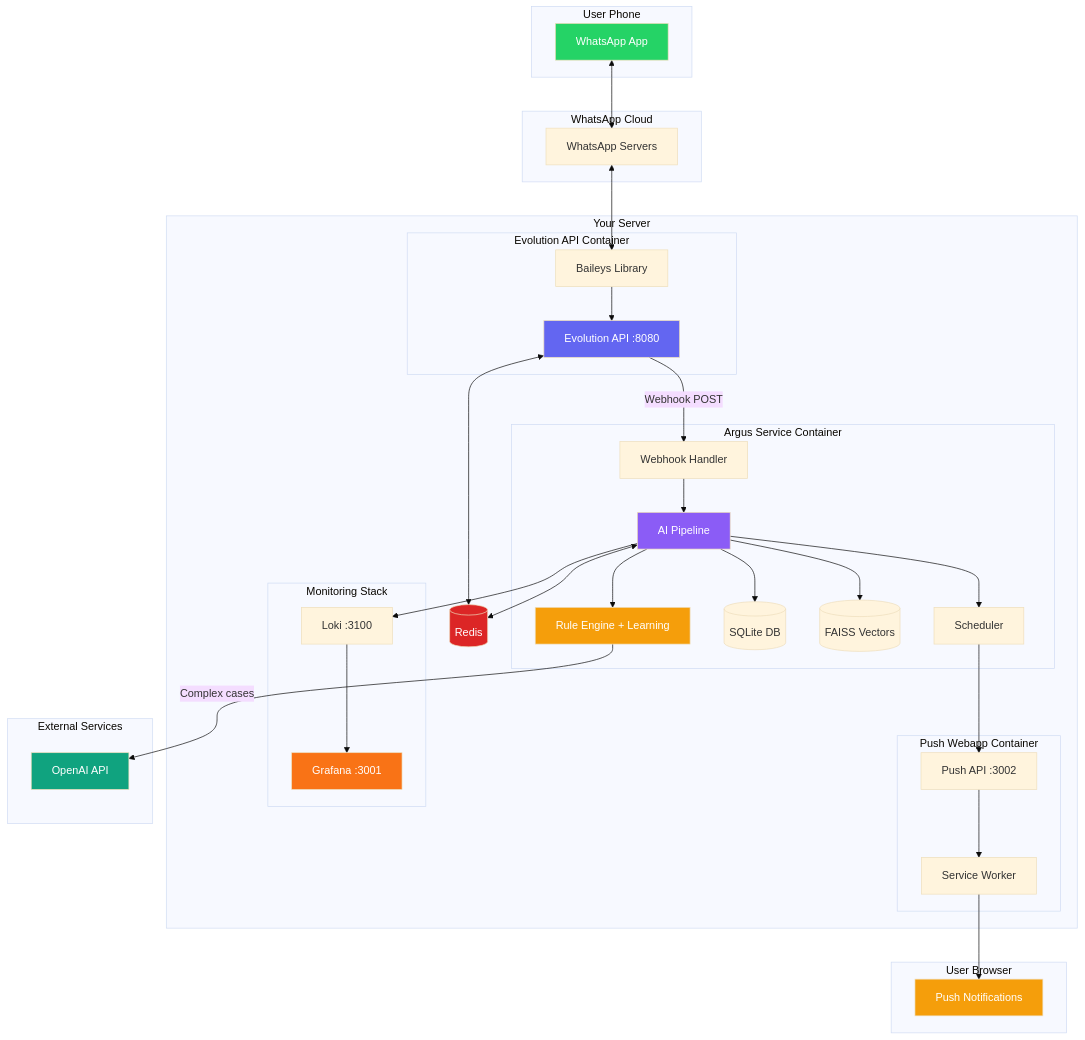
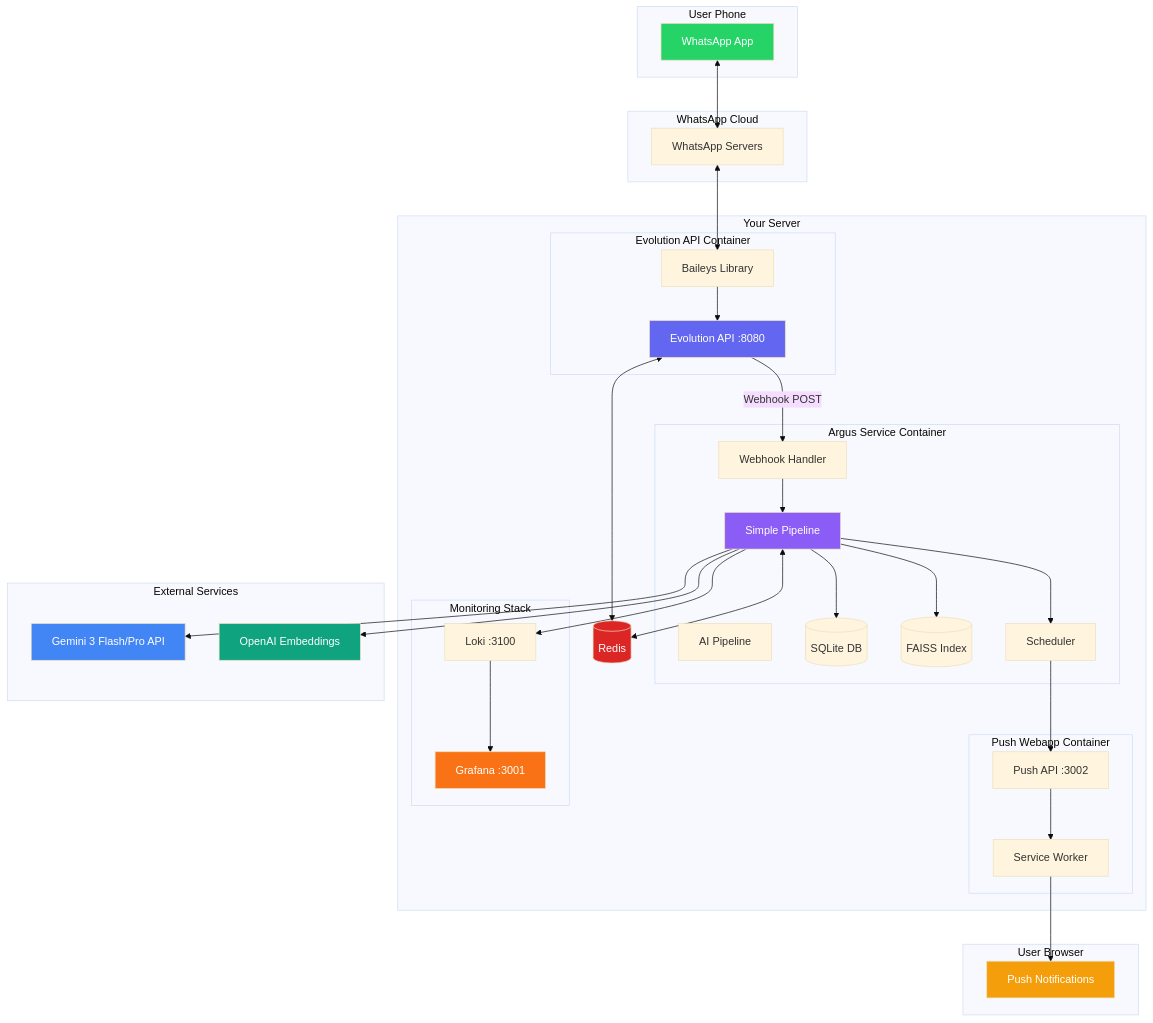
The diagram in docs/diagrams/01-system-architecture.mmd (nityam2007/whatsapp-chat-rmd), drawn with Mermaid before and after one commit. The commit also changed 48 other files, not shown here.

```diff
--- a/docs/diagrams/01-system-architecture.mmd
+++ b/docs/diagrams/01-system-architecture.mmd
@@ -1,81 +1,82 @@
 %%{init: {'theme': 'base'}}%%
 
 flowchart TB
     %% ============================================
     %% SYSTEM OVERVIEW - High Level Architecture
     %% ============================================
 
     subgraph PHONE["User Phone"]
         WA["WhatsApp App"]
     end
 
     subgraph CLOUD["WhatsApp Cloud"]
         SERVERS["WhatsApp Servers"]
     end
 
     subgraph SERVER["Your Server"]
         
         subgraph EVO_CONTAINER["Evolution API Container"]
             EVO["Evolution API :8080"]
             BAILEYS["Baileys Library"]
         end
 
         subgraph ARGUS_CONTAINER["Argus Service Container"]
             WEBHOOK["Webhook Handler"]
             PIPELINE["AI Pipeline"]
-            RULE_ENGINE["Rule Engine + Learning"]
+            SIMPLE["Simple Pipeline"]
             DB[("SQLite DB")]
-            VECTOR[("FAISS Vectors")]
+            VECTOR[("FAISS Index")]
             SCHEDULER["Scheduler"]
         end
 
         subgraph PUSH_CONTAINER["Push Webapp Container"]
             PUSH_API["Push API :3002"]
             SW["Service Worker"]
         end
 
         subgraph MONITOR["Monitoring Stack"]
             GRAFANA["Grafana :3001"]
             LOKI["Loki :3100"]
         end
 
         REDIS[("Redis")]
     end
 
     subgraph EXTERNAL["External Services"]
-        OPENAI["OpenAI API"]
+        GEMINI["Gemini 3 Flash/Pro API"]
+        OPENAI["OpenAI Embeddings"]
     end
 
     subgraph BROWSER["User Browser"]
         NOTIF["Push Notifications"]
     end
 
     %% Connections
     WA <--> SERVERS
     SERVERS <--> BAILEYS
     BAILEYS --> EVO
     EVO -->|"Webhook POST"| WEBHOOK
-    WEBHOOK --> PIPELINE
-    PIPELINE --> RULE_ENGINE
-    RULE_ENGINE -->|"Complex cases"| OPENAI
-    PIPELINE --> DB
-    PIPELINE --> VECTOR
-    PIPELINE --> SCHEDULER
+    WEBHOOK --> SIMPLE
+    SIMPLE --> GEMINI
+    SIMPLE --> OPENAI
+    SIMPLE --> DB
+    SIMPLE --> VECTOR
+    SIMPLE --> SCHEDULER
     SCHEDULER --> PUSH_API
     PUSH_API --> SW
     SW --> NOTIF
     
     EVO <--> REDIS
-    PIPELINE <--> REDIS
-    PIPELINE --> LOKI
+    SIMPLE <--> REDIS
+    SIMPLE --> LOKI
     LOKI --> GRAFANA
 
     %% Styling
     style WA fill:#25D366,color:#fff
     style EVO fill:#6366f1,color:#fff
-    style PIPELINE fill:#8b5cf6,color:#fff
-    style RULE_ENGINE fill:#f59e0b,color:#fff
+    style SIMPLE fill:#8b5cf6,color:#fff
+    style GEMINI fill:#4285f4,color:#fff
     style OPENAI fill:#10a37f,color:#fff
     style NOTIF fill:#f59e0b,color:#fff
     style REDIS fill:#dc2626,color:#fff
     style GRAFANA fill:#f97316,color:#fff
```
